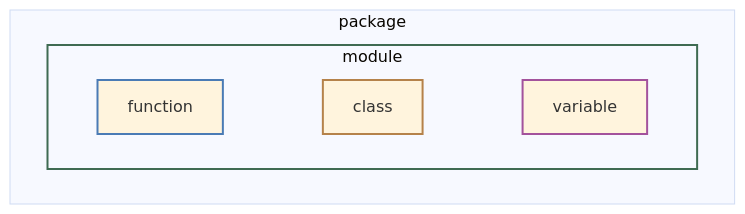
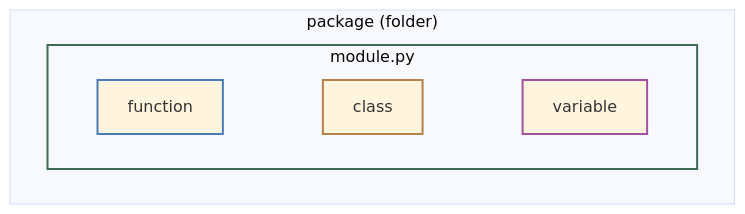
The fourth of 4 diagrams in docs/modules.md (luka-sherman/python-field-guide), drawn with Mermaid (base theme) before and after one commit. The commit also changed other lines of this file, not shown here.

Commit message:
update modules diagram

````diff
--- a/docs/modules.md
+++ b/docs/modules.md
@@ -102,15 +102,15 @@
 ```mermaid
 flowchart LR
-    subgraph package["package"]
+    subgraph package["package (folder)"]
         direction LR
-        subgraph module["module"]
+        subgraph module["module.py"]
             direction LR
             function["function"] ~~~ class1["class"] ~~~ variable["variable"]
         end
     end
 
     style module stroke:#3f6b52,stroke-width:2px
     style function stroke:#4a7bb5,stroke-width:2px
     style class1 stroke:#b5824a,stroke-width:2px
     style variable stroke:#a3529c,stroke-width:2px
 ```
````
